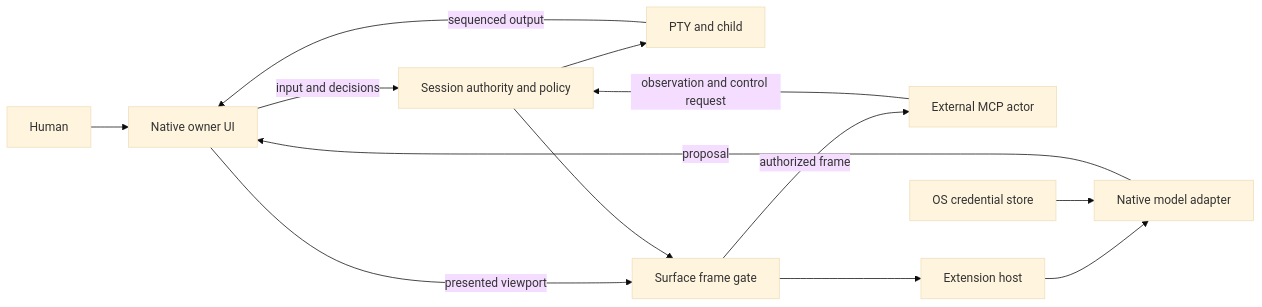
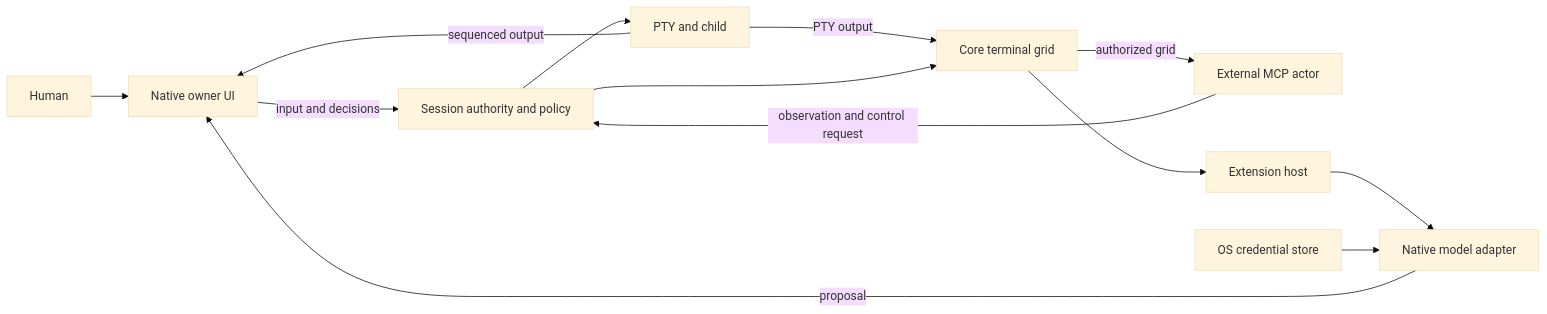
Before and after one commit to eggp-dev/conn: the diagram in docs/architecture.md, drawn with Mermaid (base theme). The commit also changed other lines of this file and 74 other files, not shown here.

````diff
--- a/docs/architecture.md
+++ b/docs/architecture.md
@@ -5,15 +5,15 @@
 ```mermaid
 flowchart LR
   H[Human] --> U[Native owner UI]
   U -->|input and decisions| S[Session authority and policy]
   S --> P[PTY and child]
   P -->|sequenced output| U
-  U -->|presented viewport| F[Surface frame gate]
+  P -->|PTY output| F[Core terminal grid]
   A[External MCP actor] -->|observation and control request| S
   S --> F
-  F -->|authorized frame| A
+  F -->|authorized grid| A
   F --> E[Extension host]
   E --> M[Native model adapter]
   K[OS credential store] --> M
   M -->|proposal| U
 ```
````
